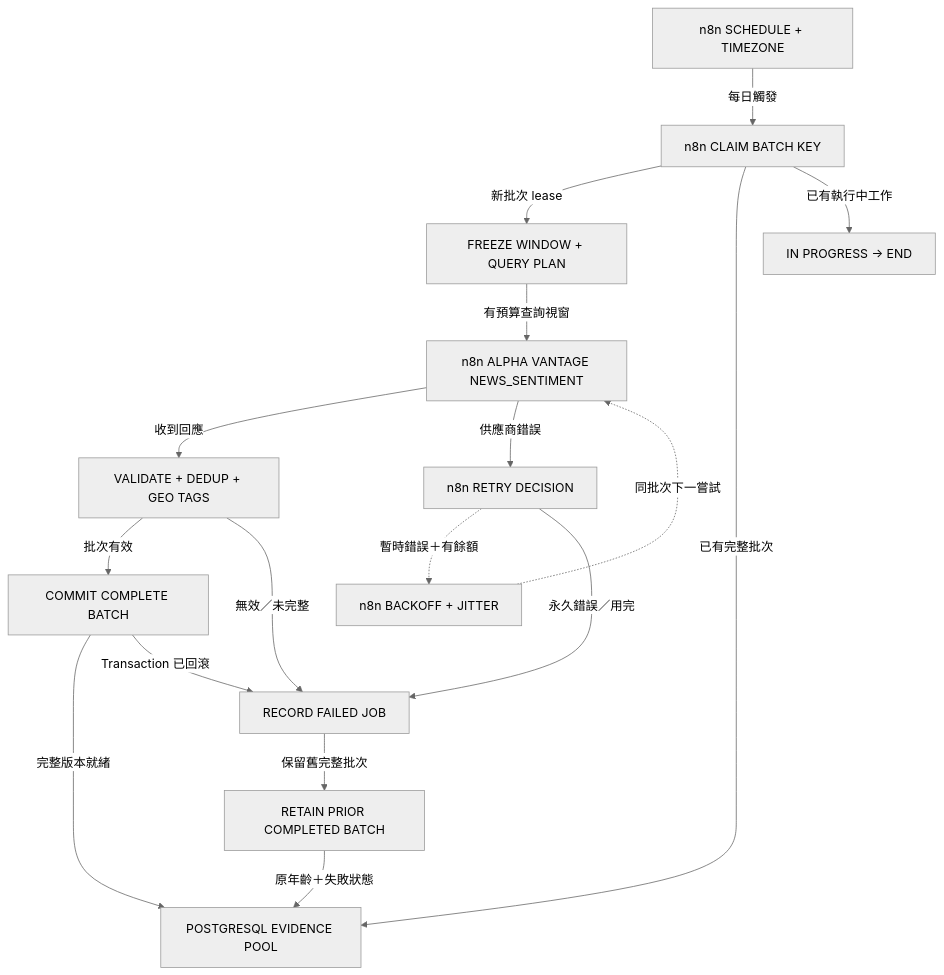
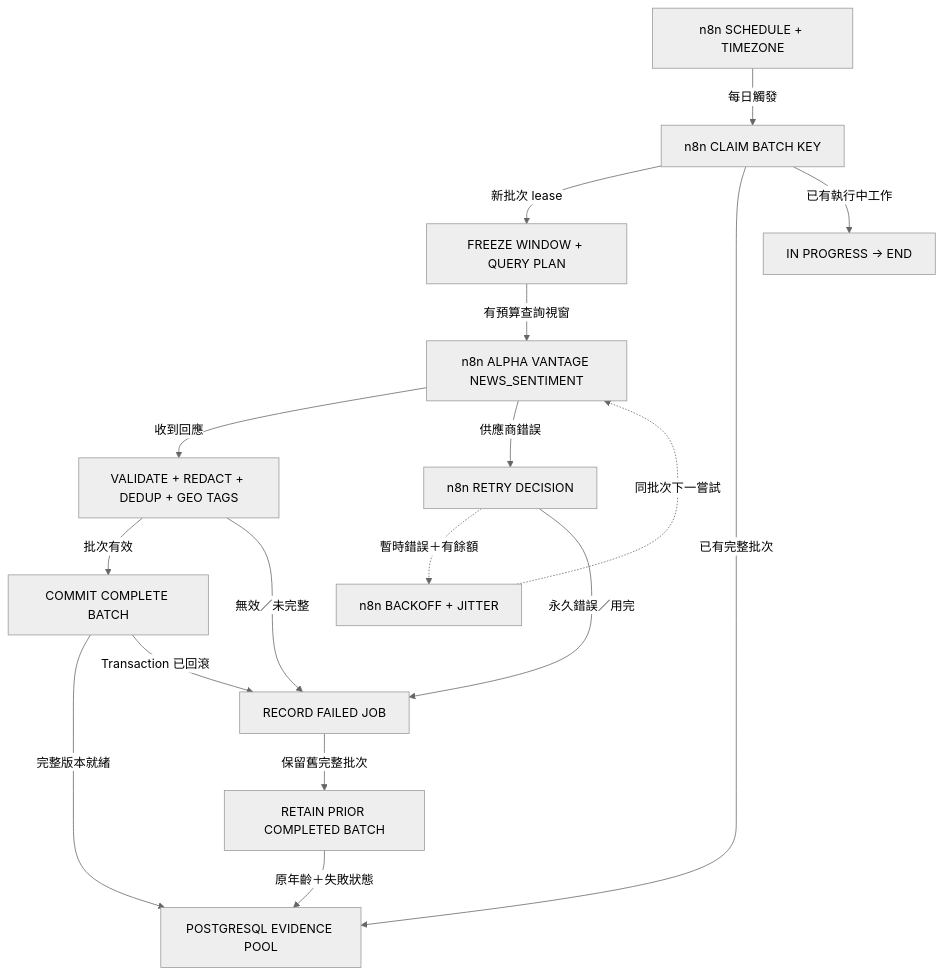
The diagram in public/downloads/finance-diagrams/n8n_daily-zh.mmd (ByronHo68/ai-learning-academy), drawn with Mermaid (neutral theme) before and after one commit. The commit also changed 64 other files, not shown here.

```diff
--- a/public/downloads/finance-diagrams/n8n_daily-zh.mmd
+++ b/public/downloads/finance-diagrams/n8n_daily-zh.mmd
@@ -1,29 +1,29 @@
 flowchart TD
   n0["n8n SCHEDULE + TIMEZONE"]
   n1["n8n CLAIM BATCH KEY"]
   n2["IN PROGRESS → END"]
   n3["FREEZE WINDOW + QUERY PLAN"]
   n4["n8n ALPHA VANTAGE NEWS_SENTIMENT"]
   n5["n8n RETRY DECISION"]
   n6["n8n BACKOFF + JITTER"]
-  n7["VALIDATE + DEDUP + GEO TAGS"]
+  n7["VALIDATE + REDACT + DEDUP + GEO TAGS"]
   n8["COMMIT COMPLETE BATCH"]
   n9["RECORD FAILED JOB"]
   n10["RETAIN PRIOR COMPLETED BATCH"]
   n11["POSTGRESQL EVIDENCE POOL"]
   n0 -- "每日觸發" --> n1
   n1 -- "新批次 lease" --> n3
   n3 -- "有預算查詢視窗" --> n4
   n1 -- "已有完整批次" --> n11
   n1 -- "已有執行中工作" --> n2
   n4 -- "收到回應" --> n7
   n4 -- "供應商錯誤" --> n5
   n5 -. "暫時錯誤＋有餘額" .-> n6
   n6 -. "同批次下一嘗試" .-> n4
   n5 -- "永久錯誤／用完" --> n9
   n7 -- "批次有效" --> n8
   n7 -- "無效／未完整" --> n9
   n8 -- "完整版本就緒" --> n11
   n8 -- "Transaction 已回滾" --> n9
   n9 -- "保留舊完整批次" --> n10
   n10 -- "原年齡＋失敗狀態" --> n11
```
